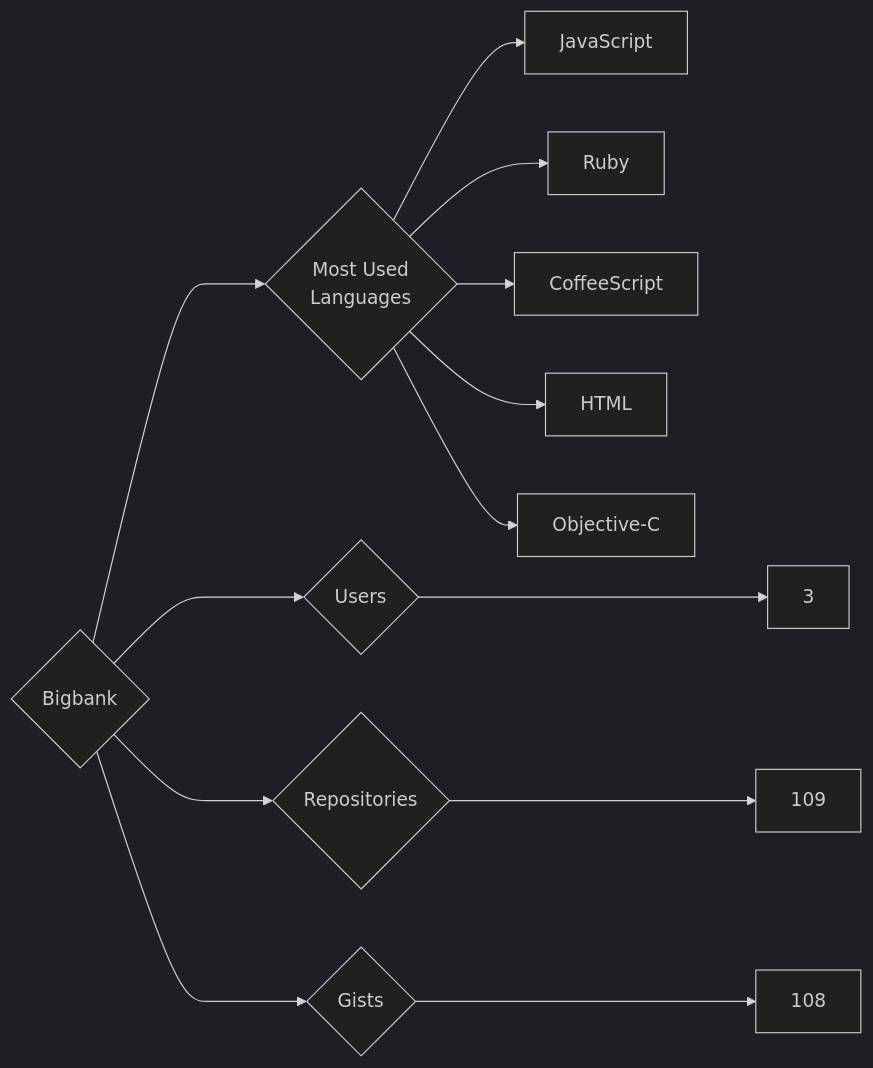
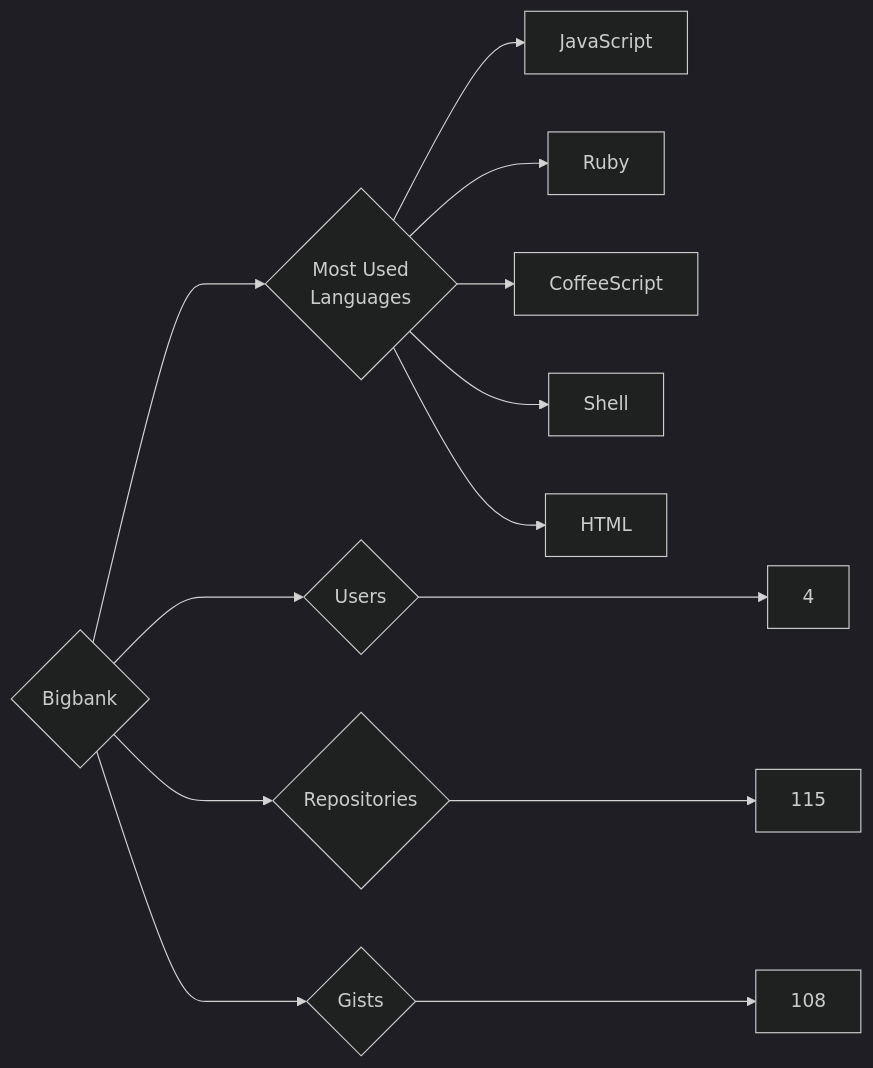
One commit to trickest/insiders changed the diagram in targets/Bigbank/README.md. Above: the diagram before and after it, drawn with Mermaid (dark theme). The commit also changed 721 other files, not shown here.

````diff
--- a/targets/Bigbank/README.md
+++ b/targets/Bigbank/README.md
@@ -3,13 +3,13 @@
 ```mermaid
 graph LR
 COMPANY_NAME{Bigbank}
-COMPANY_NAME ---> U{Users} ---> UN[3]
-COMPANY_NAME ---> R{Repositories} ---> RN[109]
+COMPANY_NAME ---> U{Users} ---> UN[4]
+COMPANY_NAME ---> R{Repositories} ---> RN[115]
 COMPANY_NAME ---> G{Gists} ---> GN[108]
 COMPANY_NAME ---> ML{Most Used<br>Languages}
 ML --> JavaScript[JavaScript]
 ML --> Ruby[Ruby]
 ML --> CoffeeScript[CoffeeScript]
+ML --> Shell[Shell]
 ML --> HTML[HTML]
-ML --> Objective-C[Objective-C]
 ```
````
